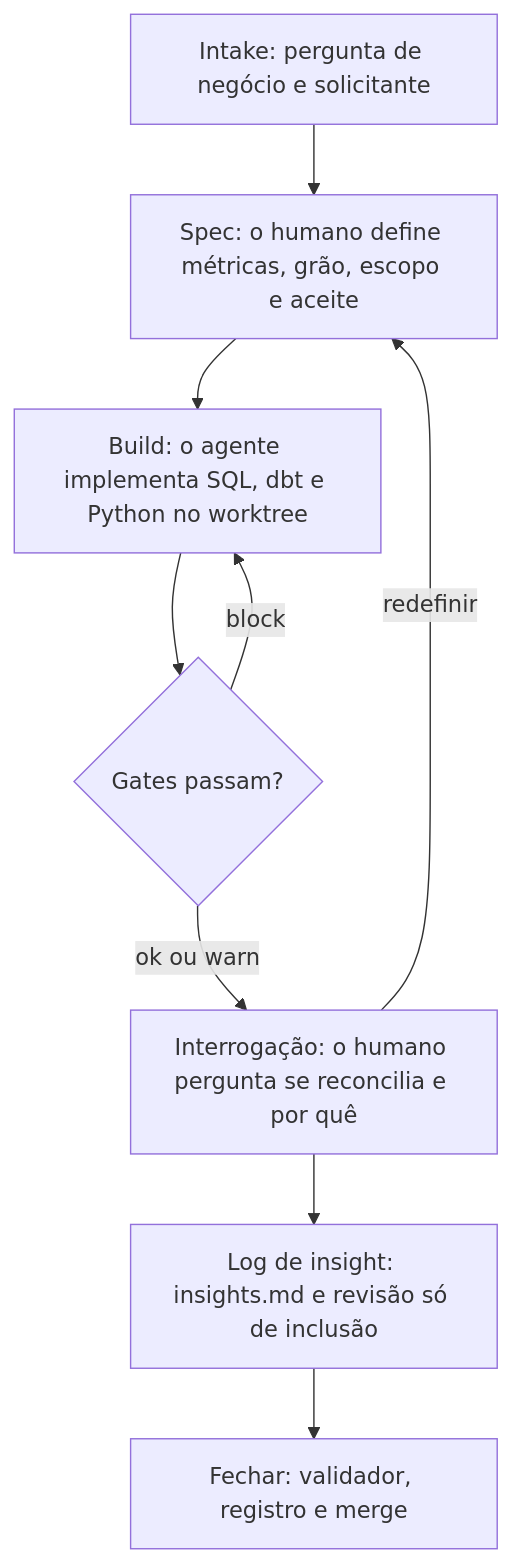
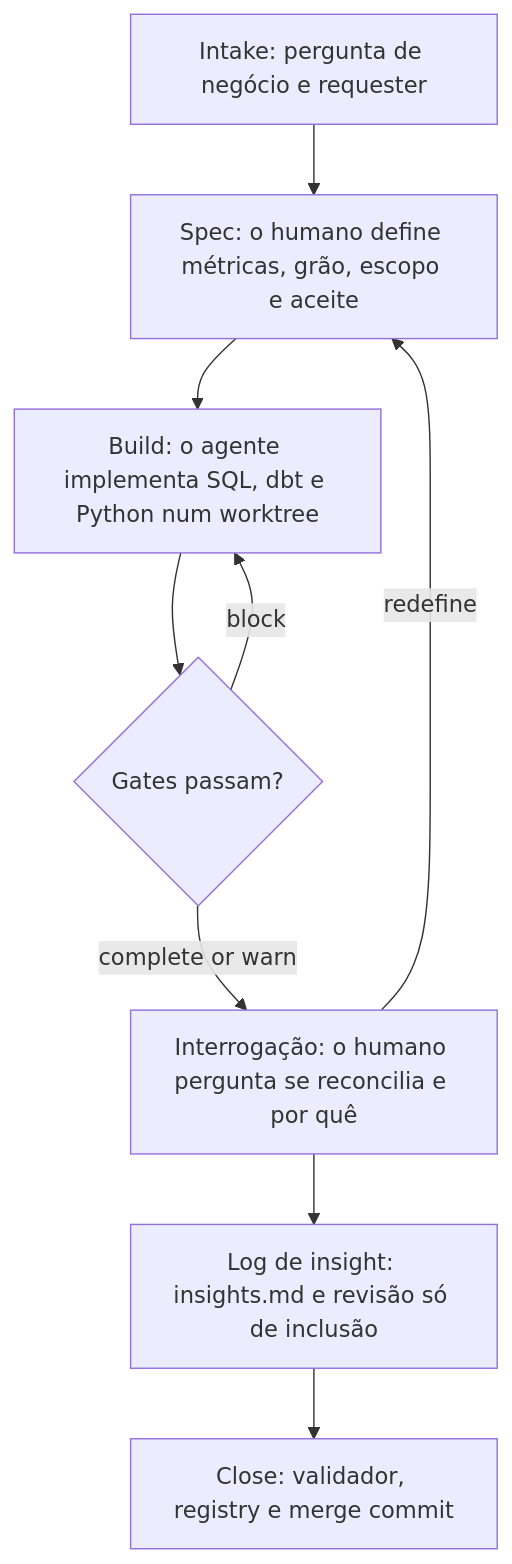
One commit to afonsoalrocha/analytics-hub-template changed the diagram in README.pt-BR.md. Above: the diagram before and after it, drawn with Mermaid. The commit also changed other lines of this file and 91 other files, not shown here.

````diff
--- a/README.pt-BR.md
+++ b/README.pt-BR.md
@@ -24,11 +26,11 @@
 ```mermaid
 flowchart TD
-  A[Intake: pergunta de negócio e solicitante] --> B[Spec: o humano define métricas, grão, escopo e aceite]
-  B --> C[Build: o agente implementa SQL, dbt e Python no worktree]
+  A[Intake: pergunta de negócio e requester] --> B[Spec: o humano define métricas, grão, escopo e aceite]
+  B --> C[Build: o agente implementa SQL, dbt e Python num worktree]
   C --> D{Gates passam?}
   D -->|block| C
-  D -->|ok ou warn| E[Interrogação: o humano pergunta se reconcilia e por quê]
-  E -->|redefinir| B
+  D -->|complete or warn| E[Interrogação: o humano pergunta se reconcilia e por quê]
+  E -->|redefine| B
   E --> F[Log de insight: insights.md e revisão só de inclusão]
-  F --> G[Fechar: validador, registro e merge]
+  F --> G[Close: validador, registry e merge commit]
 ```
````
